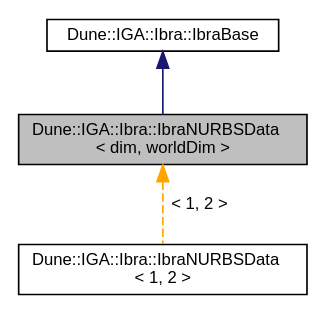
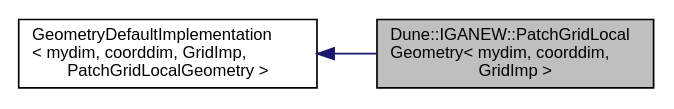
One commit to rath3t/dune-iga-doc changed the diagram in dd/d09/a01118.dot. Above: the diagram before and after it, drawn with Graphviz. The commit also changed 946 other files, not shown here.

Commit message:
deploy: rath3t/dune-iga@1129f046371dfd55370a9dcff02a6aba99e36e4c

```diff
--- a/dd/d09/a01118.dot
+++ b/dd/d09/a01118.dot
@@ -1,11 +1,10 @@
-digraph "Dune::IGA::Ibra::IbraNURBSData&lt; dim, worldDim &gt;"
+digraph "Dune::IGANEW::PatchGridLocalGeometry&lt; mydim, coorddim, GridImp &gt;"
 {
  // LATEX_PDF_SIZE
   edge [fontname="Helvetica",fontsize="10",labelfontname="Helvetica",labelfontsize="10"];
   node [fontname="Helvetica",fontsize="10",shape=record];
-  Node1 [label="Dune::IGA::Ibra::IbraNURBSData\l\< dim, worldDim \>",height=0.2,width=0.4,color="black", fillcolor="grey75", style="filled", fontcolor="black",tooltip=" "];
+  rankdir="LR";
+  Node1 [label="Dune::IGANEW::PatchGridLocal\lGeometry\< mydim, coorddim,\l GridImp \>",height=0.2,width=0.4,color="black", fillcolor="grey75", style="filled", fontcolor="black",tooltip=" "];
   Node2 -> Node1 [dir="back",color="midnightblue",fontsize="10",style="solid",fontname="Helvetica"];
-  Node2 [label="Dune::IGA::Ibra::IbraBase",height=0.2,width=0.4,color="black", fillcolor="white", style="filled",URL="$df/dd5/a01115.html",tooltip=" "];
-  Node1 -> Node3 [dir="back",color="orange",fontsize="10",style="dashed",label=" \< 1, 2 \>" ,fontname="Helvetica"];
-  Node3 [label="Dune::IGA::Ibra::IbraNURBSData\l\< 1, 2 \>",height=0.2,width=0.4,color="black", fillcolor="white", style="filled",URL="$d0/d02/a01119.html",tooltip=" "];
+  Node2 [label="GeometryDefaultImplementation\l\< mydim, coorddim, GridImp,\l PatchGridLocalGeometry \>",height=0.2,width=0.4,color="black", fillcolor="white", style="filled",tooltip=" "];
 }
```
